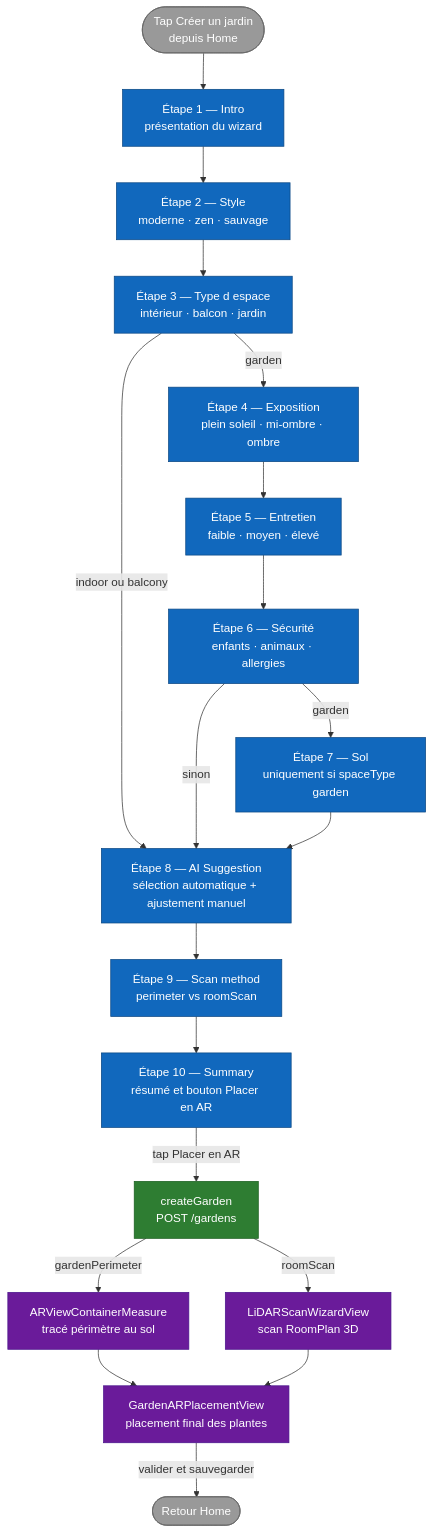
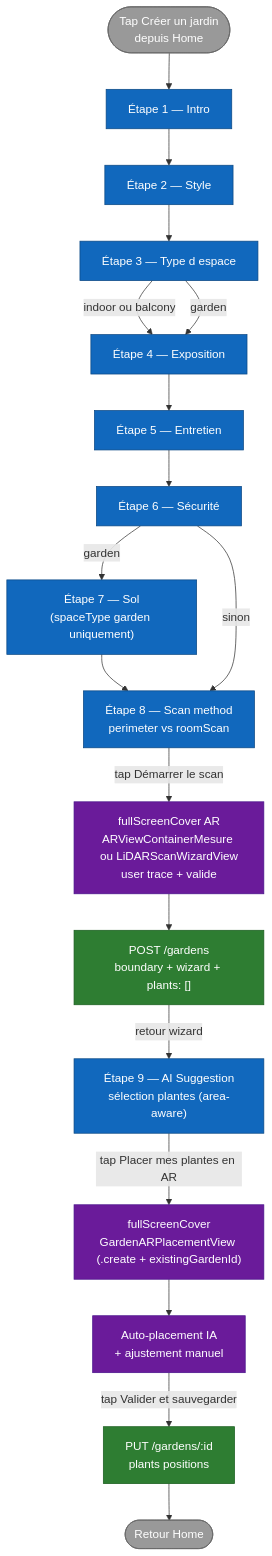
One commit to ArboreTeam/Arbore changed the diagram in docs/flows/garden-creation.md. Above: the diagram before and after it, drawn with Mermaid. The commit also changed other lines of this file and 8 other files, not shown here.

First line of the commit message:
feat(wizard): trace step 8, AI suggestions step 9, garden saved mid-wizard

````diff
--- a/docs/flows/garden-creation.md
+++ b/docs/flows/garden-creation.md
@@ -16,53 +13,47 @@
 ```mermaid
 flowchart TB
-    start([Tap Créer un jardin<br/>depuis Home])
+    start_node([Tap Créer un jardin<br/>depuis Home])
 
-    intro["Étape 1 — Intro<br/>présentation du wizard"]
-    style_step["Étape 2 — Style<br/>moderne · zen · sauvage"]
-    spaceType["Étape 3 — Type d espace<br/>intérieur · balcon · jardin"]
-    exposure["Étape 4 — Exposition<br/>plein soleil · mi-ombre · ombre"]
-    maintenance["Étape 5 — Entretien<br/>faible · moyen · élevé"]
-    safety["Étape 6 — Sécurité<br/>enfants · animaux · allergies"]
-    soil["Étape 7 — Sol<br/>uniquement si spaceType garden"]
-    ai["Étape 8 — AI Suggestion<br/>sélection automatique + ajustement manuel"]
-    scan["Étape 9 — Scan method<br/>perimeter vs roomScan"]
-    summary["Étape 10 — Summary<br/>résumé et bouton Placer en AR"]
+    intro["Étape 1 — Intro"]
+    style_step["Étape 2 — Style"]
+    spaceType["Étape 3 — Type d espace"]
+    exposure["Étape 4 — Exposition"]
+    maintenance["Étape 5 — Entretien"]
+    safety["Étape 6 — Sécurité"]
+    soil["Étape 7 — Sol<br/>(spaceType garden uniquement)"]
+    scan["Étape 8 — Scan method<br/>perimeter vs roomScan"]
 
-    save["createGarden<br/>POST /gardens"]
+    trace_ar["fullScreenCover AR<br/>ARViewContainerMesure ou LiDARScanWizardView<br/>user trace + valide"]
+    post_garden["POST /gardens<br/>boundary + wizard + plants: []"]
 
-    perimeter_flow["ARViewContainerMeasure<br/>tracé périmètre au sol"]
-    lidar_flow["LiDARScanWizardView<br/>scan RoomPlan 3D"]
-    ar_place["GardenARPlacementView<br/>placement final des plantes"]
+    ai["Étape 9 — AI Suggestion<br/>sélection plantes (area-aware)"]
+    placement["fullScreenCover<br/>GardenARPlacementView (.create + existingGardenId)"]
+    auto_place["Auto-placement IA<br/>+ ajustement manuel"]
+    put_garden["PUT /gardens/:id<br/>plants positions"]
 
     home([Retour Home])
 
-    start --> intro
-    intro --> style_step
-    style_step --> spaceType
-    spaceType -->|indoor ou balcony| ai
+    start_node --> intro --> style_step --> spaceType
+    spaceType -->|indoor ou balcony| exposure
     spaceType -->|garden| exposure
-    exposure --> maintenance
-    maintenance --> safety
-    safety -->|garden| soil
-    safety -->|sinon| ai
-    soil --> ai
-    ai --> scan
-    scan --> summary
+    exposure --> maintenance --> safety
+    safety -->|garden| soil --> scan
+    safety -->|sinon| scan
 
-    summary -->|tap Placer en AR| save
-    save -->|gardenPerimeter| perimeter_flow
-    save -->|roomScan| lidar_flow
-
-    perimeter_flow --> ar_place
-    lidar_flow --> ar_place
-    ar_place -->|valider et sauvegarder| home
+    scan -->|tap Démarrer le scan| trace_ar
+    trace_ar --> post_garden
+    post_garden -->|retour wizard| ai
+    ai -->|tap Placer mes plantes en AR| placement
+    placement --> auto_place
+    auto_place -->|tap Valider et sauvegarder| put_garden
+    put_garden --> home
 
     classDef step  fill:#1168BD,stroke:#0B4884,color:#fff
     classDef cond  fill:#2E7D32,stroke:#1B5E20,color:#fff
     classDef ar    fill:#6A1B9A,stroke:#4A148C,color:#fff
     classDef io    fill:#999,stroke:#666,color:#fff
-    class intro,style_step,spaceType,exposure,maintenance,safety,soil,ai,scan,summary step
-    class save cond
-    class perimeter_flow,lidar_flow,ar_place ar
-    class start,home io
+    class intro,style_step,spaceType,exposure,maintenance,safety,soil,scan,ai step
+    class post_garden,put_garden cond
+    class trace_ar,placement,auto_place ar
+    class start_node,home io
 ```
````
